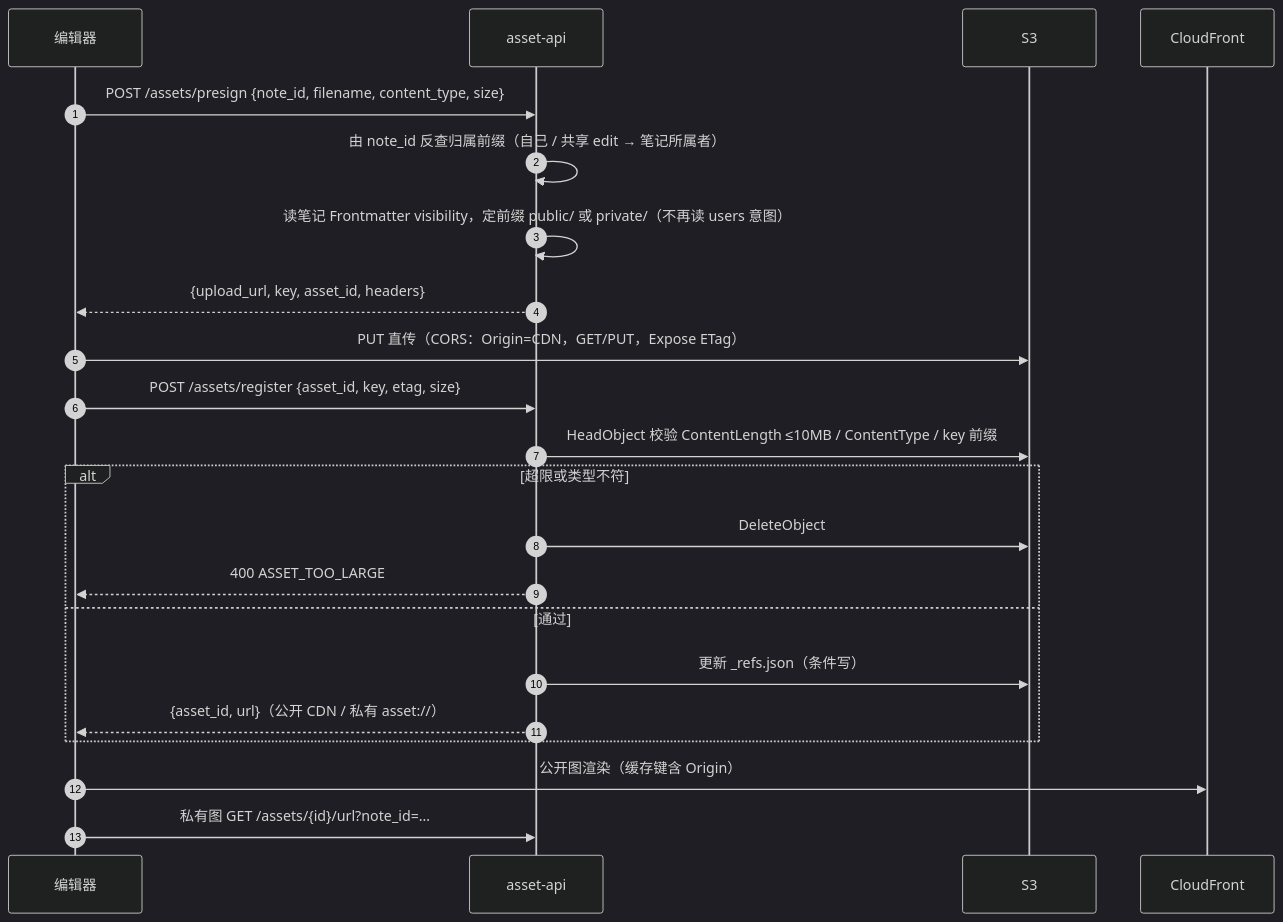
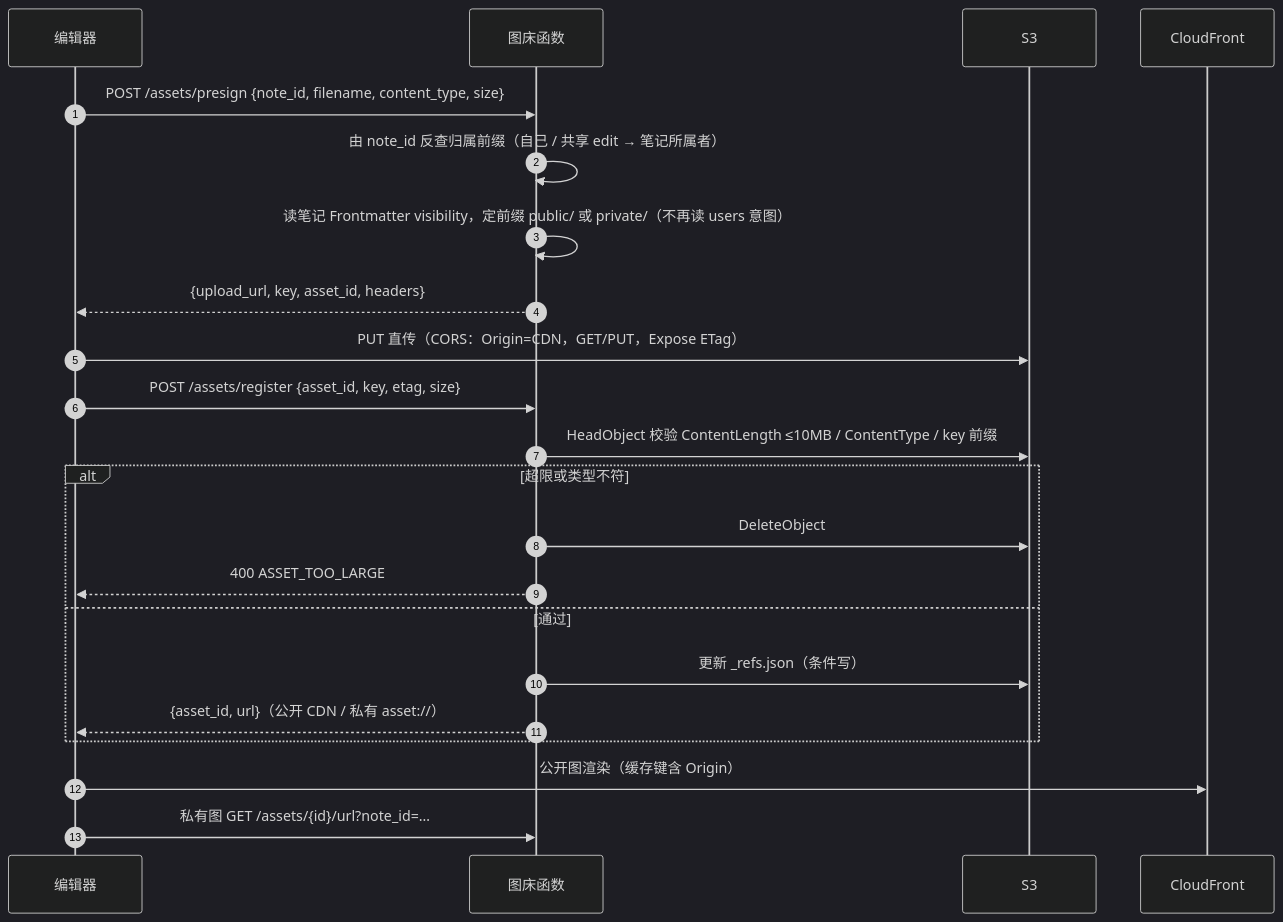
The fourth of 6 diagrams in docs/云笺-ALL-基线-技术架构-v1.2.md (tengsihai/cloudjian_infra), drawn with Mermaid (dark theme) before and after one commit. The commit also changed other lines of this file and 20 other files, not shown here.

````diff
--- a/docs/云笺-ALL-基线-技术架构-v1.2.md
+++ b/docs/云笺-ALL-基线-技术架构-v1.2.md
@@ -816,24 +824,24 @@
 ```mermaid
 sequenceDiagram
   autonumber
   participant U as 编辑器
-  participant A as asset-api
+  participant A as 图床函数
   participant S as S3
   participant C as CloudFront
   U->>A: POST /assets/presign {note_id, filename, content_type, size}
   A->>A: 由 note_id 反查归属前缀（自己 / 共享 edit → 笔记所属者）
   A->>A: 读笔记 Frontmatter visibility，定前缀 public/ 或 private/（不再读 users 意图）
   A-->>U: {upload_url, key, asset_id, headers}
   U->>S: PUT 直传（CORS：Origin=CDN，GET/PUT，Expose ETag）
   U->>A: POST /assets/register {asset_id, key, etag, size}
   A->>S: HeadObject 校验 ContentLength ≤10MB / ContentType / key 前缀
   alt 超限或类型不符
     A->>S: DeleteObject
     A-->>U: 400 ASSET_TOO_LARGE
   else 通过
     A->>S: 更新 _refs.json（条件写）
     A-->>U: {asset_id, url}（公开 CDN / 私有 asset://）
   end
   U->>C: 公开图渲染（缓存键含 Origin）
   U->>A: 私有图 GET /assets/{id}/url?note_id=…
 ```
````
